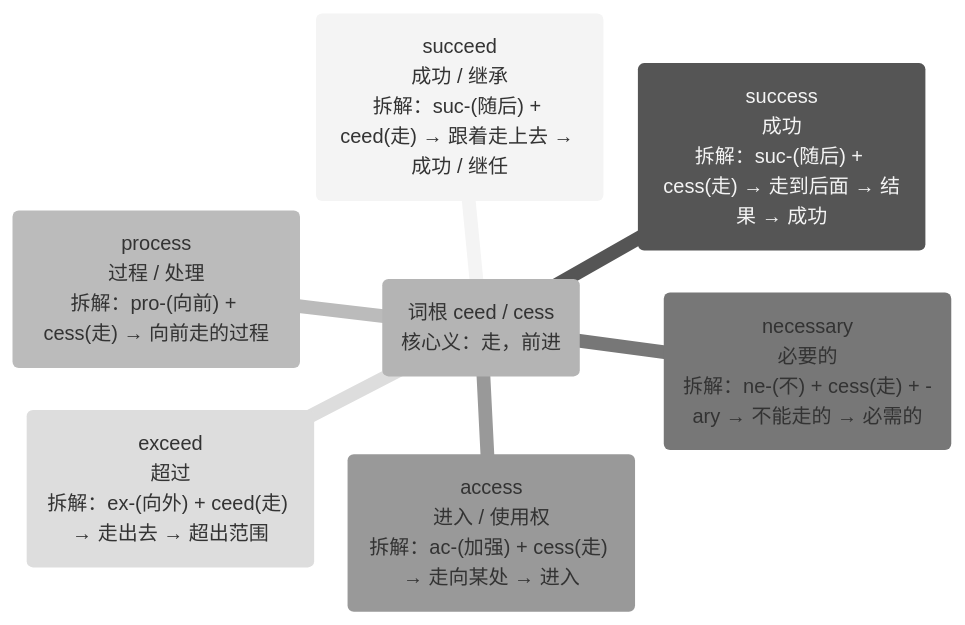
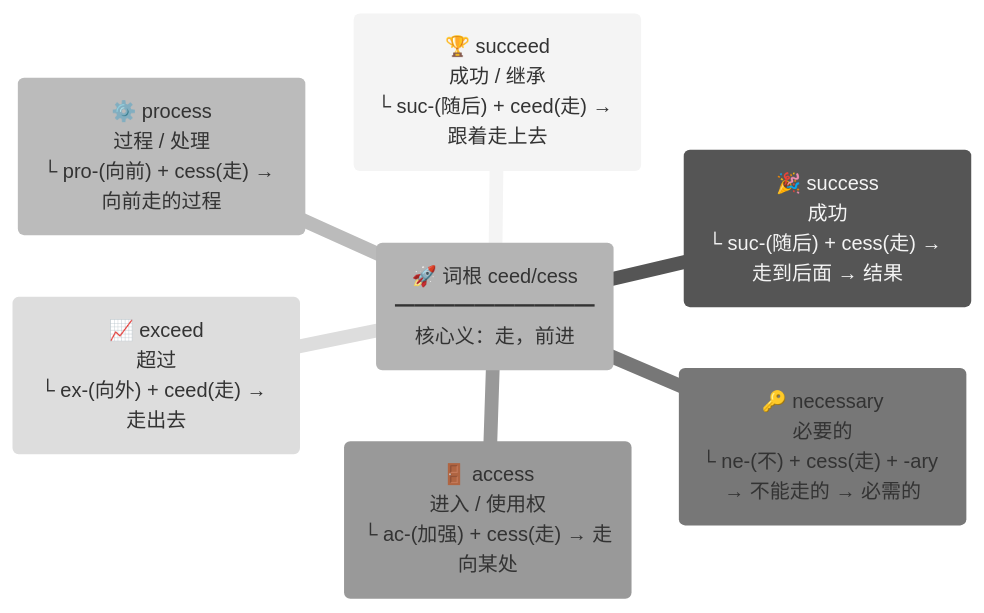
Before and after one commit to suhuide/h: diagram 16 of 31 in files/other/e.md, drawn with Mermaid (neutral theme). The commit also changed other lines of this file, not shown here.

````diff
--- a/files/other/e.md
+++ b/files/other/e.md
@@ -169,10 +169,10 @@
 ```mermaid
 mindmap
-  root("词根 ceed / cess<br>核心义：走，前进")
-    succeed("succeed<br>成功 / 继承<br>拆解：suc-(随后) + ceed(走) → 跟着走上去 → 成功 / 继任")
-    success("success<br>成功<br>拆解：suc-(随后) + cess(走) → 走到后面 → 结果 → 成功")
-    process("process<br>过程 / 处理<br>拆解：pro-(向前) + cess(走) → 向前走的过程")
-    necessary("necessary<br>必要的<br>拆解：ne-(不) + cess(走) + -ary → 不能走的 → 必需的")
-    access("access<br>进入 / 使用权<br>拆解：ac-(加强) + cess(走) → 走向某处 → 进入")
-    exceed("exceed<br>超过<br>拆解：ex-(向外) + ceed(走) → 走出去 → 超出范围")
+  root("🚀 词根 ceed/cess<br>━━━━━━━━━━<br>核心义：走，前进")
+    succeed("🏆 succeed<br>成功 / 继承<br>└ suc-(随后) + ceed(走) → 跟着走上去")
+    success("🎉 success<br>成功<br>└ suc-(随后) + cess(走) → 走到后面 → 结果")
+    process("⚙️ process<br>过程 / 处理<br>└ pro-(向前) + cess(走) → 向前走的过程")
+    necessary("🔑 necessary<br>必要的<br>└ ne-(不) + cess(走) + -ary → 不能走的 → 必需的")
+    access("🚪 access<br>进入 / 使用权<br>└ ac-(加强) + cess(走) → 走向某处")
+    exceed("📈 exceed<br>超过<br>└ ex-(向外) + ceed(走) → 走出去")
 ```
````
